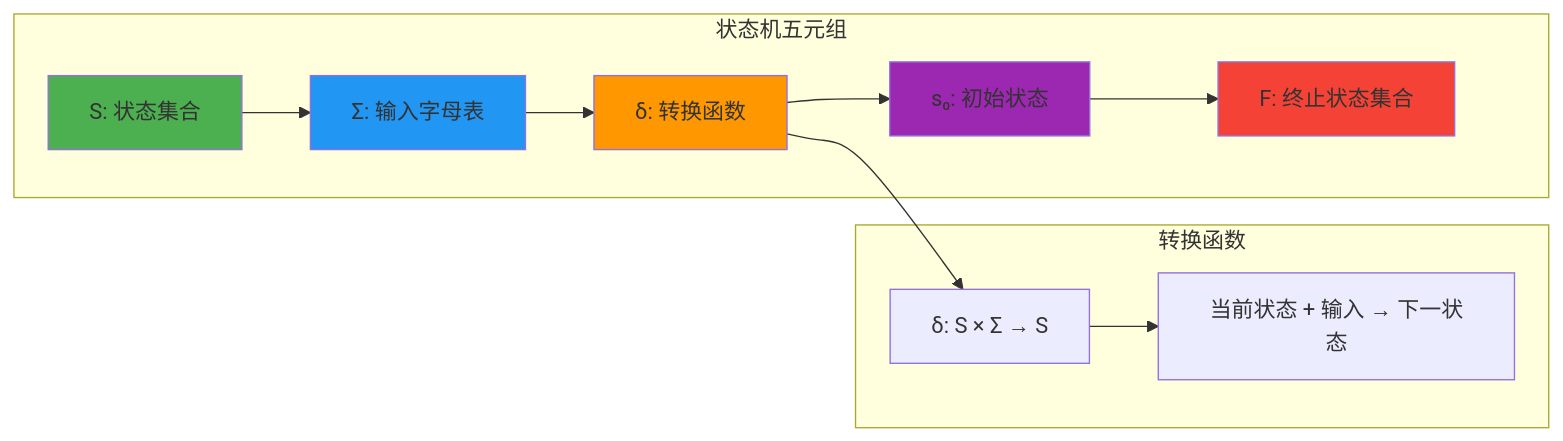
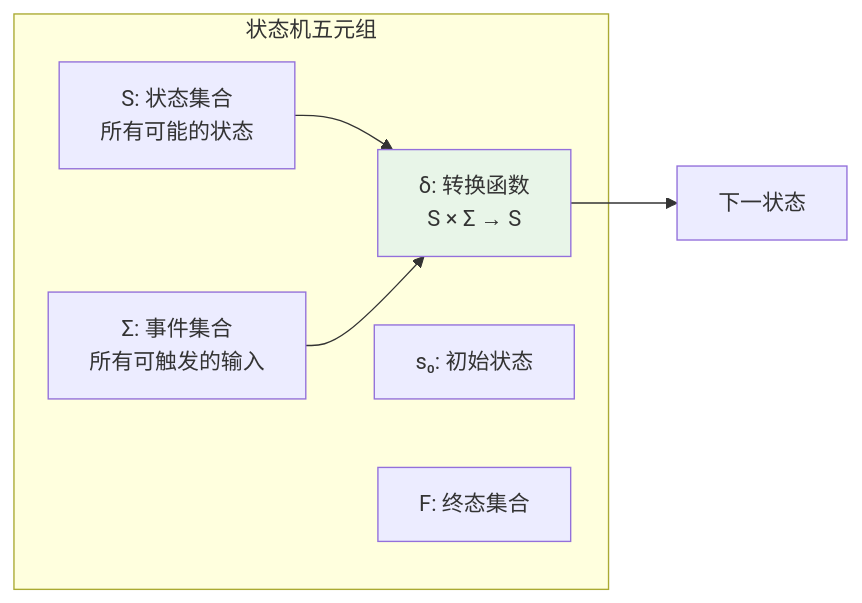
Before and after one commit to chongyang211/YCBookBlog: the third of 18 diagrams in 00.通用技术的提升/07.方案设计思想/6.研发的效能/28.状态机设计的思想.md, drawn with Mermaid. The commit also changed other lines of this file and 5 other files, not shown here.

````diff
--- a/00.通用技术的提升/07.方案设计思想/6.研发的效能/28.状态机设计的思想.md
+++ b/00.通用技术的提升/07.方案设计思想/6.研发的效能/28.状态机设计的思想.md
@@ -145,23 +129,16 @@
 ```mermaid
 graph LR
     subgraph "状态机五元组"
-        A[S: 状态集合] --> B[Σ: 输入字母表]
-        B --> C[δ: 转换函数]
-        C --> D[s₀: 初始状态]
-        D --> E[F: 终止状态集合]
+        S[S: 状态集合<br/>所有可能的状态]
+        E[Σ: 事件集合<br/>所有可触发的输入]
+        D[δ: 转换函数<br/>S × Σ → S]
+        S0[s₀: 初始状态]
+        F[F: 终态集合]
     end
     
-    subgraph "转换函数"
-        F[δ: S × Σ → S]
-        G[当前状态 + 输入 → 下一状态]
-    end
+    S --> D
+    E --> D
+    D --> Next[下一状态]
     
-    C --> F
-    F --> G
-    
-    style A fill:#4caf50
-    style B fill:#2196f3
-    style C fill:#ff9800
-    style D fill:#9c27b0
-    style E fill:#f44336
+    style D fill:#e8f5e8
 ```
````
